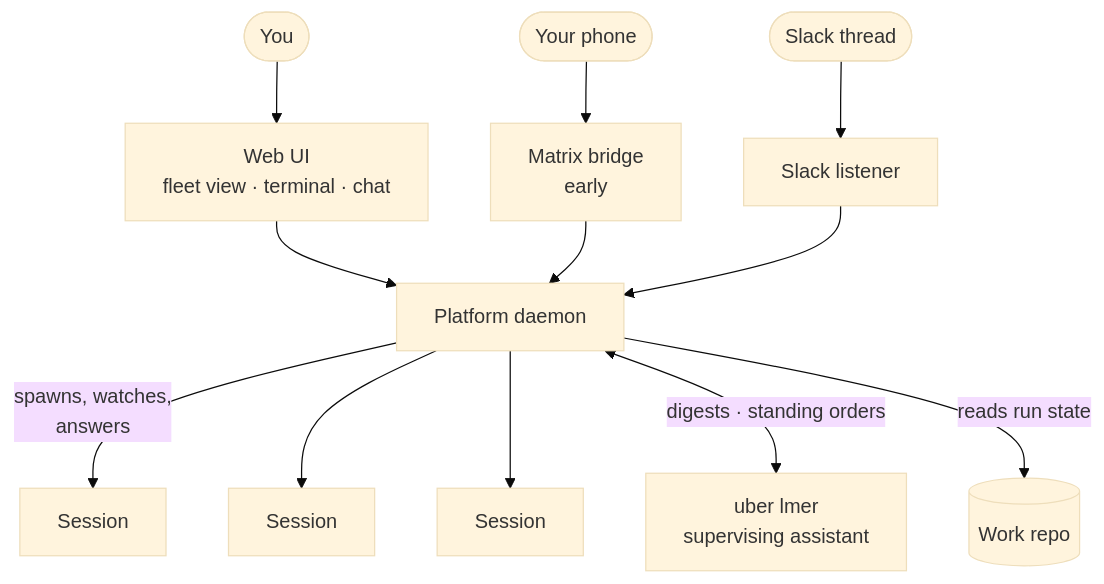
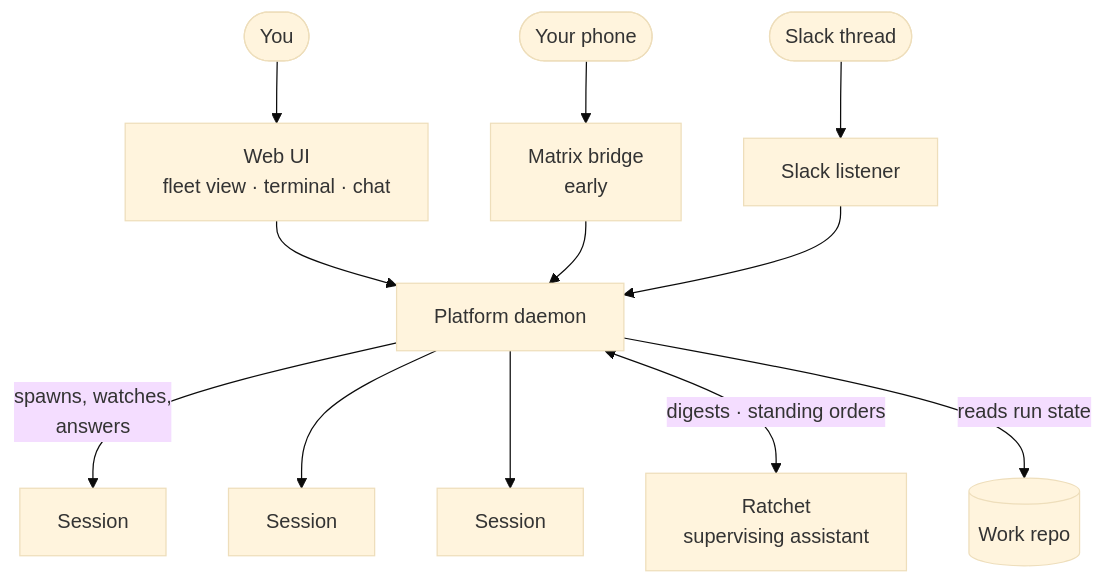
The fifth of 7 diagrams in docs/HOW-LMER-WORKS.md (lmer2/lmer), drawn with Mermaid (base theme) before and after one commit. The commit also changed other lines of this file and 13 other files, not shown here.

Commit message:
docs: uber lmer is Ratchet; changelog fragment for #581

````diff
--- a/docs/HOW-LMER-WORKS.md
+++ b/docs/HOW-LMER-WORKS.md
@@ -137,12 +137,12 @@
 ```mermaid
 flowchart TD
     You([You]) --> UI[Web UI<br/>fleet view · terminal · chat]
     Phone([Your phone]) --> MX[Matrix bridge<br/>early]
     Slack([Slack thread]) --> SL[Slack listener]
     UI & MX & SL --> D[Platform daemon]
     D -->|spawns, watches,<br/>answers| S1[Session]
     D --> S2[Session]
     D --> S3[Session]
-    D <-->|digests · standing orders| UL[uber lmer<br/>supervising assistant]
+    D <-->|digests · standing orders| UL[Ratchet<br/>supervising assistant]
     D -->|reads run state| Work[(Work repo)]
 ```
````
